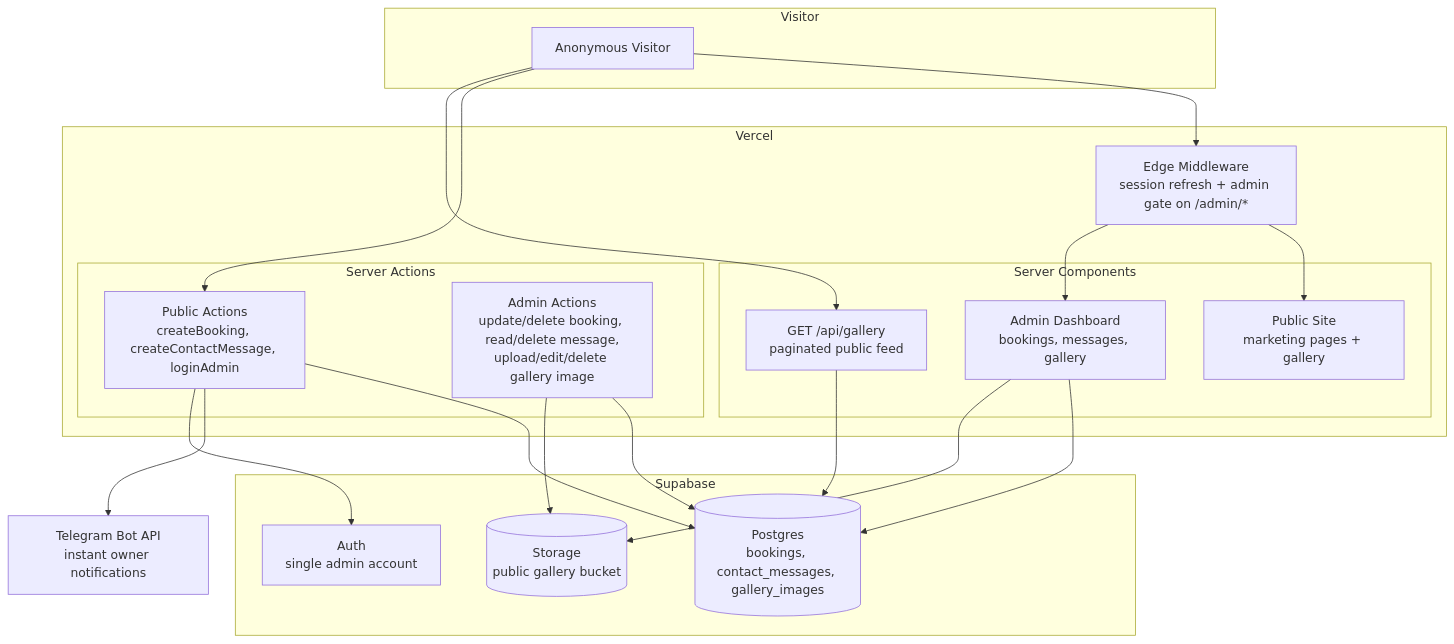
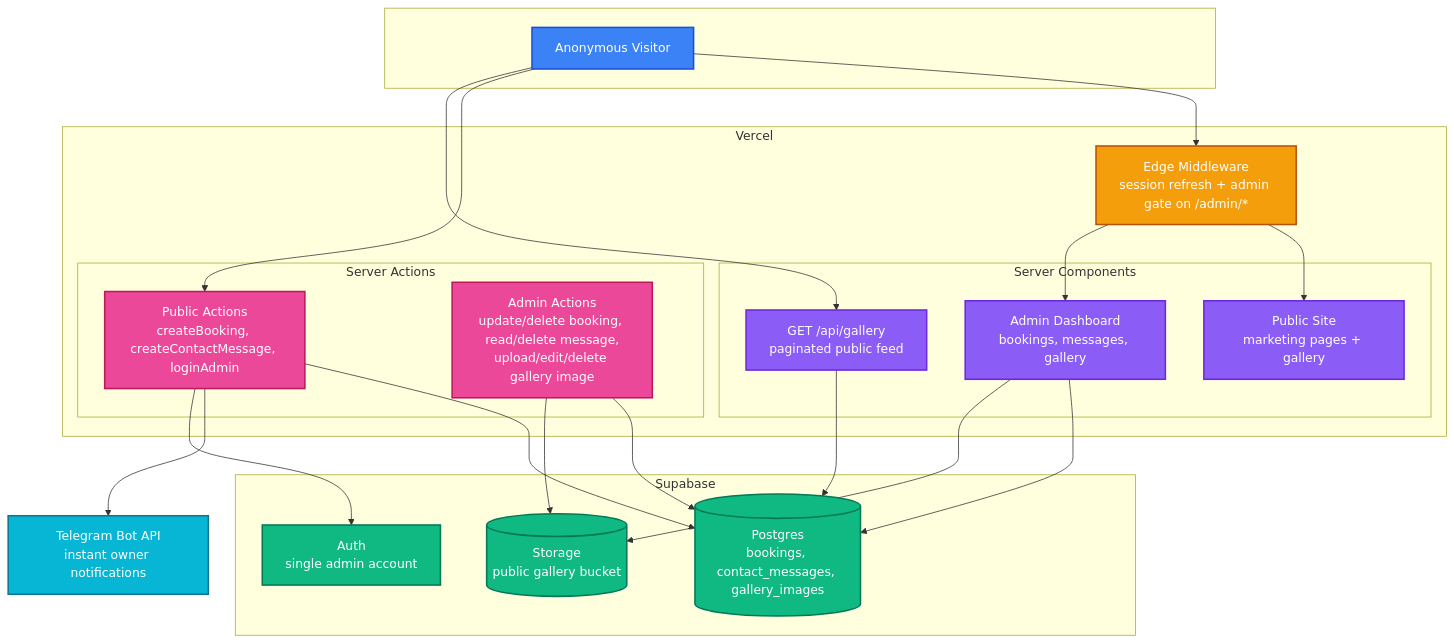
One commit to AaryaMakthala/GJR-EVENTS changed the first of 6 diagrams in README.md. Above: the diagram before and after it, drawn with Mermaid. The commit also changed other lines of this file, not shown here.

````diff
--- a/README.md
+++ b/README.md
@@ -88,39 +92,46 @@
 ```mermaid
 flowchart TB
-    subgraph Visitor
-        V["Anonymous Visitor"]
+    classDef visitor fill:#3b82f6,stroke:#1d4ed8,stroke-width:2px,color:#fff;
+    classDef edge fill:#f59e0b,stroke:#b45309,stroke-width:2px,color:#fff;
+    classDef rsc fill:#8b5cf6,stroke:#6d28d9,stroke-width:2px,color:#fff;
+    classDef action fill:#ec4899,stroke:#be185d,stroke-width:2px,color:#fff;
+    classDef data fill:#10b981,stroke:#047857,stroke-width:2px,color:#fff;
+    classDef external fill:#06b6d4,stroke:#0e7490,stroke-width:2px,color:#fff;
+
+    subgraph Visitor[" "]
+        V["Anonymous Visitor"]:::visitor
     end
 
     subgraph Hosting["Vercel"]
-        MW["Edge Middleware<br/>session refresh + admin gate on /admin/*"]
+        MW["Edge Middleware<br/>session refresh + admin gate on /admin/*"]:::edge
 
         subgraph RSC["Server Components"]
-            SITE["Public Site<br/>marketing pages + gallery"]
-            ADMIN["Admin Dashboard<br/>bookings, messages, gallery"]
-            API["GET /api/gallery<br/>paginated public feed"]
+            SITE["Public Site<br/>marketing pages + gallery"]:::rsc
+            ADMIN["Admin Dashboard<br/>bookings, messages, gallery"]:::rsc
+            API["GET /api/gallery<br/>paginated public feed"]:::rsc
         end
 
         subgraph Actions["Server Actions"]
-            PUB["Public Actions<br/>createBooking, createContactMessage, loginAdmin"]
-            ADM["Admin Actions<br/>update/delete booking, read/delete message,<br/>upload/edit/delete gallery image"]
+            PUB["Public Actions<br/>createBooking, createContactMessage, loginAdmin"]:::action
+            ADM["Admin Actions<br/>update/delete booking, read/delete message,<br/>upload/edit/delete gallery image"]:::action
         end
     end
 
     subgraph Supabase
-        AUTH["Auth<br/>single admin account"]
-        PG[("Postgres<br/>bookings, contact_messages, gallery_images")]
-        STOR[("Storage<br/>public gallery bucket")]
+        AUTH["Auth<br/>single admin account"]:::data
+        PG[("Postgres<br/>bookings, contact_messages, gallery_images")]:::data
+        STOR[("Storage<br/>public gallery bucket")]:::data
     end
 
-    TG["Telegram Bot API<br/>instant owner notifications"]
+    TG["Telegram Bot API<br/>instant owner notifications"]:::external
 
     V --> MW --> SITE
     V --> PUB --> PG
     PUB --> TG
     V --> API --> PG
     MW --> ADMIN --> PG
     ADMIN --> STOR
     ADM --> PG
     ADM --> STOR
     PUB --> AUTH
 ```
````
